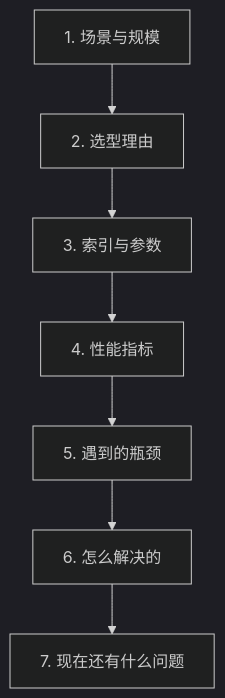
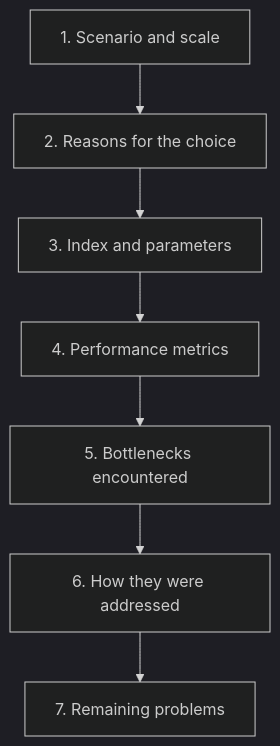
One commit to oneleaveknowsthefall/awesome-ai-roadmap changed the diagram in docs/rag/02-ingestion-indexing/09-vectordb-production.md. Above: the diagram before and after it, drawn with Mermaid (dark theme). The commit also changed other lines of this file and 60 other files, not shown here.

````diff
--- a/docs/rag/02-ingestion-indexing/09-vectordb-production.md
+++ b/docs/rag/02-ingestion-indexing/09-vectordb-production.md
@@ -17,9 +17,9 @@
 ```mermaid
 flowchart TB
-    S1[1. 场景与规模] --> S2[2. 选型理由]
-    S2 --> S3[3. 索引与参数]
-    S3 --> S4[4. 性能指标]
-    S4 --> S5[5. 遇到的瓶颈]
-    S5 --> S6[6. 怎么解决的]
-    S6 --> S7[7. 现在还有什么问题]
+    S1[1. Scenario and scale] --> S2[2. Reasons for the choice]
+    S2 --> S3[3. Index and parameters]
+    S3 --> S4[4. Performance metrics]
+    S4 --> S5[5. Bottlenecks encountered]
+    S5 --> S6[6. How they were addressed]
+    S6 --> S7[7. Remaining problems]
 ```
````
